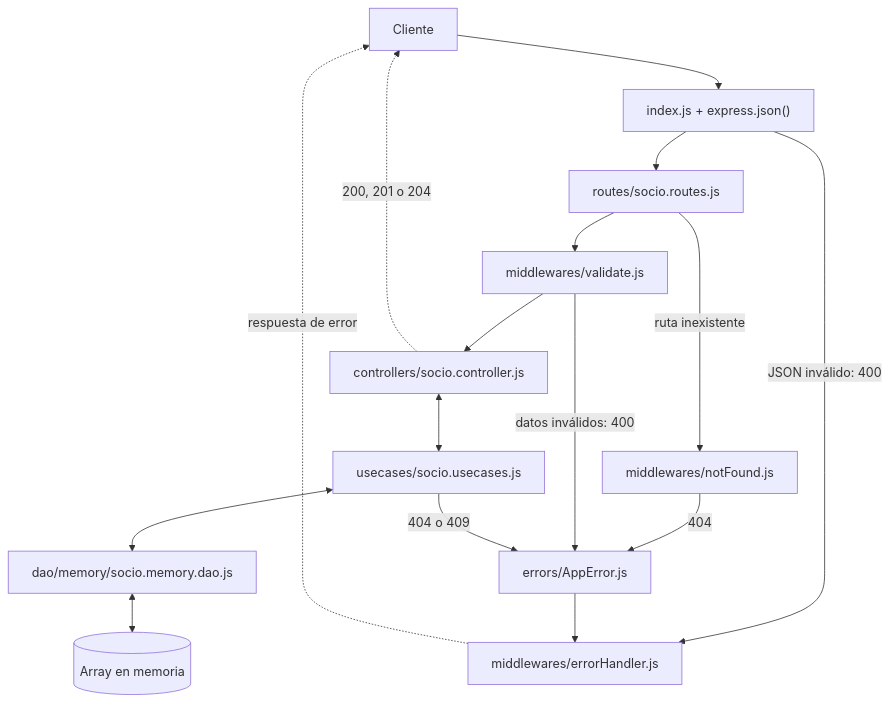
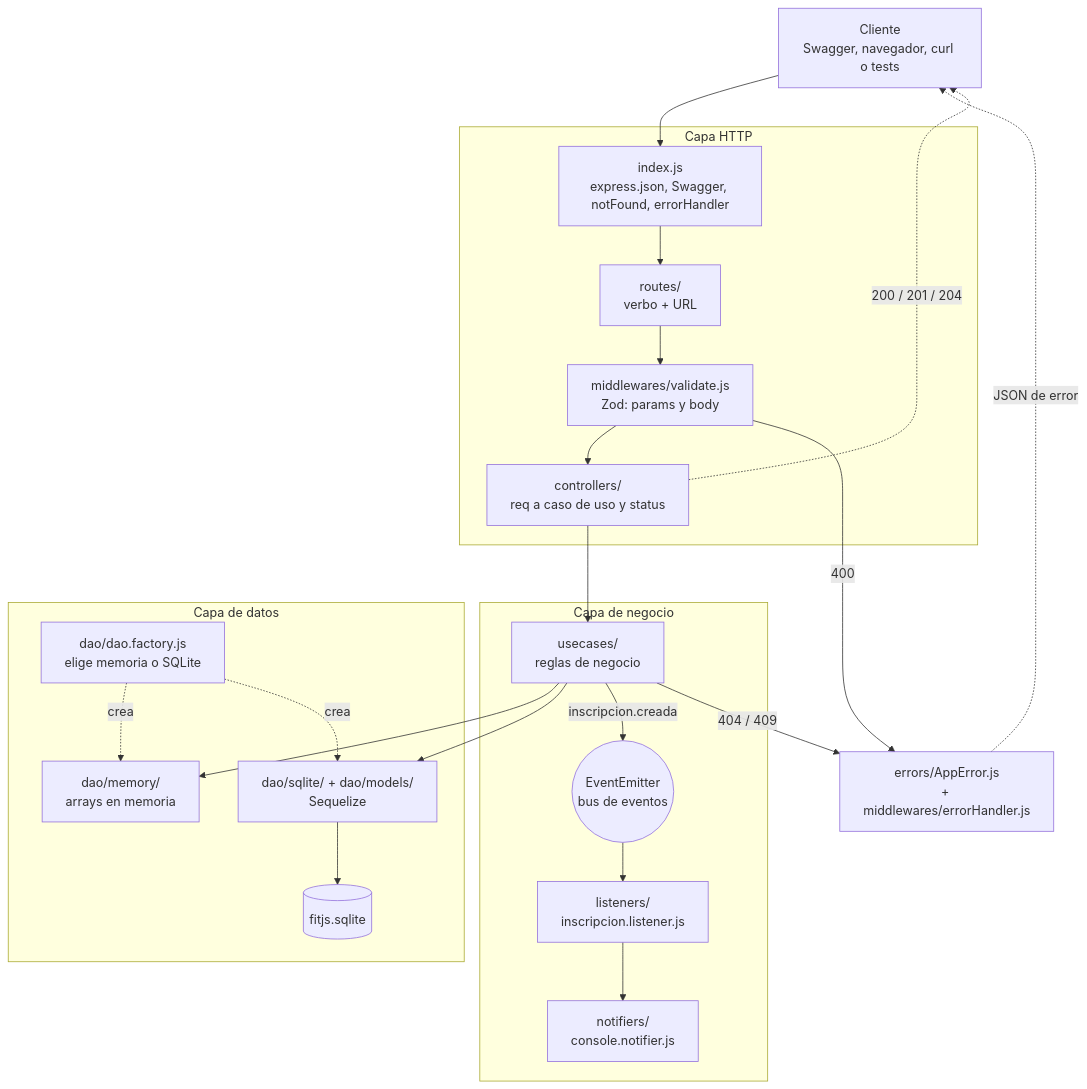
One commit to SolVaccaro93/TP2-TRABAJO-FINAL changed the first of 10 diagrams in docs/arquitectura.md. Above: the diagram before and after it, drawn with Mermaid. The commit also changed other lines of this file and 1 other file, not shown here.

````diff
--- a/docs/arquitectura.md
+++ b/docs/arquitectura.md
@@ -11,28 +26,38 @@
 ```mermaid
 flowchart TD
-    cliente["Cliente"]
-    index["index.js + express.json()"]
-    routes["routes/socio.routes.js"]
-    validate["middlewares/validate.js"]
-    controller["controllers/socio.controller.js"]
-    usecases["usecases/socio.usecases.js"]
-    dao["dao/memory/socio.memory.dao.js"]
-    datos[("Array en memoria")]
-    notFound["middlewares/notFound.js"]
-    appError["errors/AppError.js"]
-    errorHandler["middlewares/errorHandler.js"]
+    cliente["Cliente<br/>Swagger, navegador, curl o tests"]
 
-    cliente --> index --> routes --> validate --> controller
-    controller <--> usecases
-    usecases <--> dao
-    dao <--> datos
-    controller -. "200, 201 o 204" .-> cliente
+    subgraph http["Capa HTTP"]
+        index["index.js<br/>express.json, Swagger, notFound, errorHandler"]
+        routes["routes/<br/>verbo + URL"]
+        validate["middlewares/validate.js<br/>Zod: params y body"]
+        controllers["controllers/<br/>req a caso de uso y status"]
+    end
 
-    index -- "JSON inválido: 400" --> errorHandler
-    routes -- "ruta inexistente" --> notFound
-    notFound -- "404" --> appError
-    validate -- "datos inválidos: 400" --> appError
-    usecases -- "404 o 409" --> appError
-    appError --> errorHandler
-    errorHandler -. "respuesta de error" .-> cliente
+    subgraph negocio["Capa de negocio"]
+        usecases["usecases/<br/>reglas de negocio"]
+        bus(("EventEmitter<br/>bus de eventos"))
+        listener["listeners/<br/>inscripcion.listener.js"]
+        notifier["notifiers/<br/>console.notifier.js"]
+    end
+
+    subgraph datos["Capa de datos"]
+        factory["dao/dao.factory.js<br/>elige memoria o SQLite"]
+        memory["dao/memory/<br/>arrays en memoria"]
+        sqlite["dao/sqlite/ + dao/models/<br/>Sequelize"]
+        db[("fitjs.sqlite")]
+    end
+
+    errores["errors/AppError.js<br/>+ middlewares/errorHandler.js"]
+
+    cliente --> index --> routes --> validate --> controllers --> usecases
+    usecases --> memory
+    usecases --> sqlite --> db
+    factory -. "crea" .-> memory
+    factory -. "crea" .-> sqlite
+    usecases -- "inscripcion.creada" --> bus --> listener --> notifier
+    validate -- "400" --> errores
+    usecases -- "404 / 409" --> errores
+    errores -. "JSON de error" .-> cliente
+    controllers -. "200 / 201 / 204" .-> cliente
 ```
````
